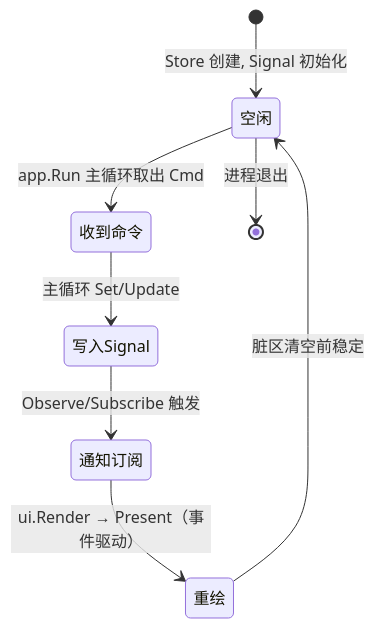
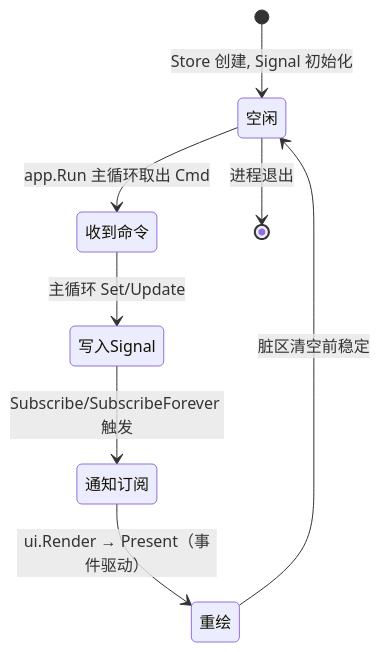
One commit to shaolei/DeskCalendar changed the fourth of 4 diagrams in docs/30-State/Signal.md. Above: the diagram before and after it, drawn with Mermaid. The commit also changed other lines of this file and 8 other files, not shown here.

````diff
--- a/docs/30-State/Signal.md
+++ b/docs/30-State/Signal.md
@@ -132,10 +133,10 @@
 ```mermaid
 stateDiagram-v2
     [*] --> 空闲: Store 创建, Signal 初始化
     空闲 --> 收到命令: app.Run 主循环取出 Cmd
     收到命令 --> 写入Signal: 主循环 Set/Update
-    写入Signal --> 通知订阅: Observe/Subscribe 触发
+    写入Signal --> 通知订阅: Subscribe/SubscribeForever 触发
     通知订阅 --> 重绘: ui.Render → Present（事件驱动）
     重绘 --> 空闲: 脏区清空前稳定
     空闲 --> [*]: 进程退出
 ```
````
